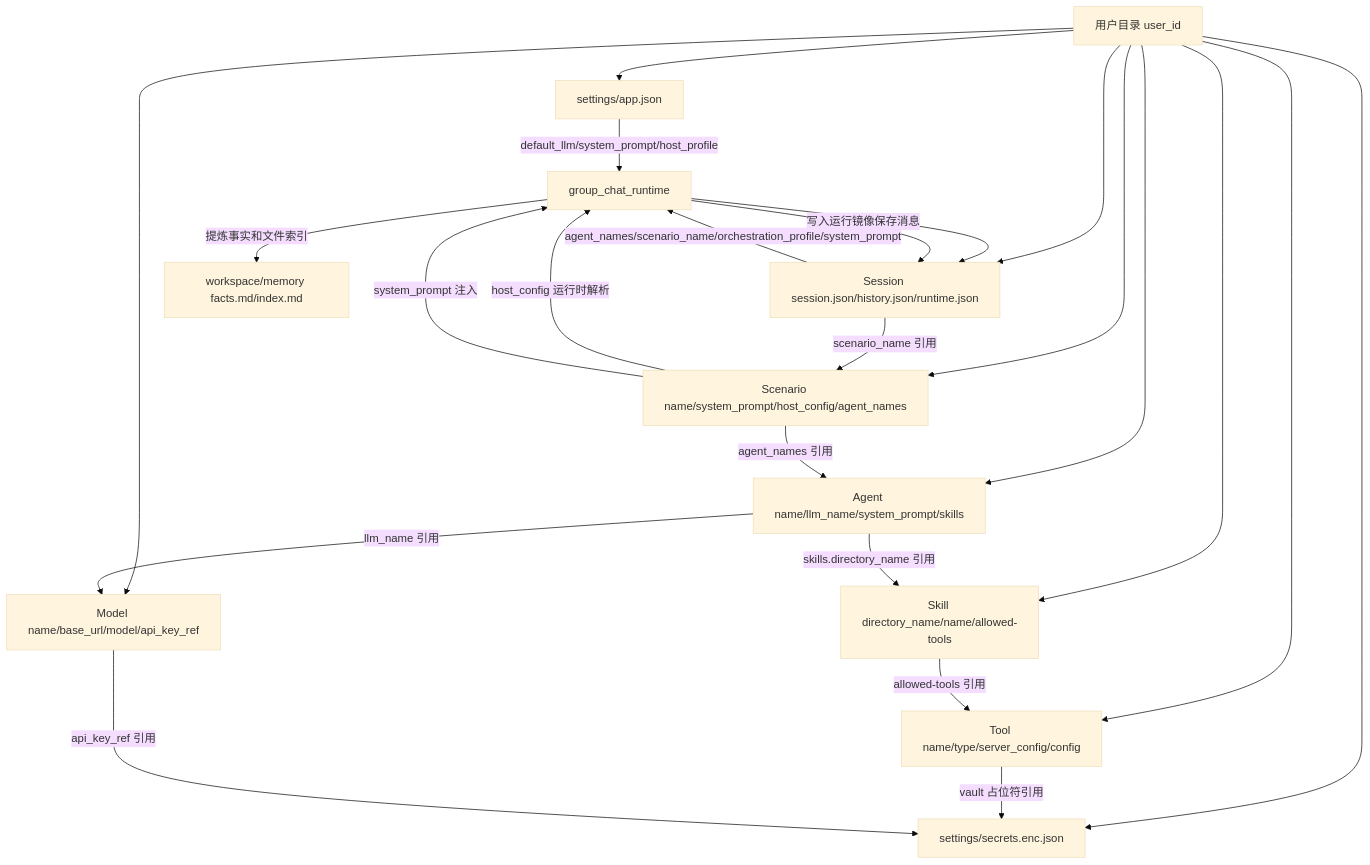
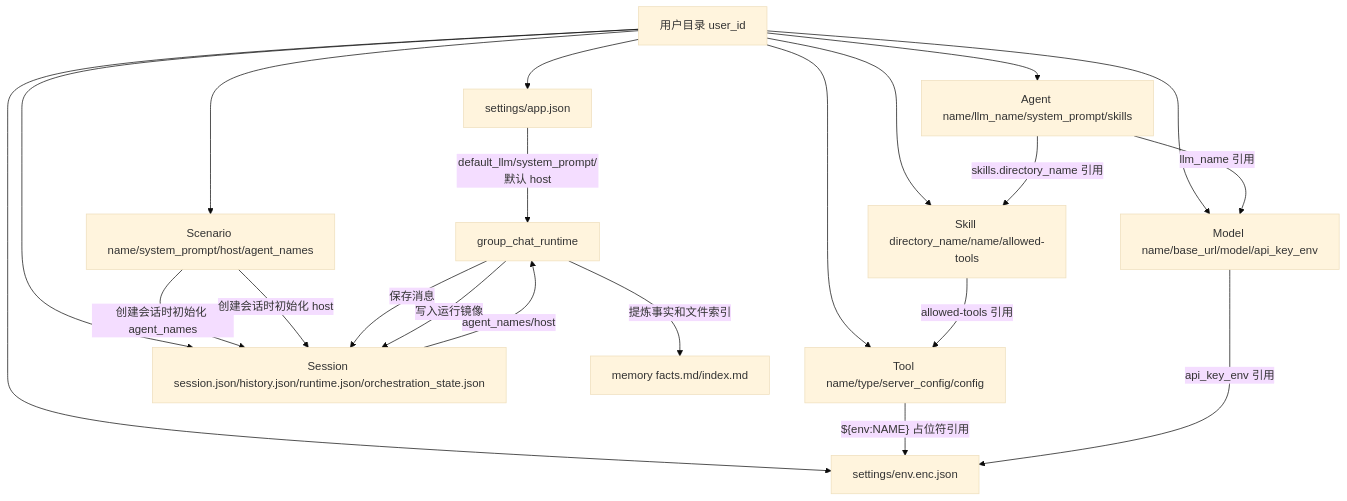
Before and after one commit to gaoguodong03/shichai: the diagram in docs/contracts/data-structure-and-field-logic.md, drawn with Mermaid (base theme). The commit also changed other lines of this file and 29 other files, not shown here.

````diff
--- a/docs/contracts/data-structure-and-field-logic.md
+++ b/docs/contracts/data-structure-and-field-logic.md
@@ -528,38 +780,36 @@
 ```mermaid
 flowchart TD
   User["用户目录 user_id"]
   Settings["settings/app.json"]
-  Secrets["settings/secrets.enc.json"]
-  Scenario["Scenario name/system_prompt/host_config/agent_names"]
+  EnvVars["settings/env.enc.json"]
+  Scenario["Scenario name/system_prompt/host/agent_names"]
   Agent["Agent name/llm_name/system_prompt/skills"]
   Skill["Skill directory_name/name/allowed-tools"]
   Tool["Tool name/type/server_config/config"]
-  Model["Model name/base_url/model/api_key_ref"]
-  Session["Session session.json/history.json/runtime.json"]
+  Model["Model name/base_url/model/api_key_env"]
+  Session["Session session.json/history.json/runtime.json/orchestration_state.json"]
   Runtime["group_chat_runtime"]
-  Memory["workspace/memory facts.md/index.md"]
+  Memory["memory facts.md/index.md"]
 
   User --> Settings
-  User --> Secrets
+  User --> EnvVars
   User --> Scenario
   User --> Agent
   User --> Skill
   User --> Tool
   User --> Model
   User --> Session
 
-  Scenario -->|"agent_names 引用"| Agent
-  Session -->|"scenario_name 引用"| Scenario
-  Scenario -->|"host_config 运行时解析"| Runtime
-  Scenario -->|"system_prompt 注入"| Runtime
-  Settings -->|"default_llm/system_prompt/host_profile"| Runtime
+  Scenario -->|"创建会话时初始化 agent_names"| Session
+  Scenario -->|"创建会话时初始化 host"| Session
+  Settings -->|"default_llm/system_prompt/默认 host"| Runtime
   Agent -->|"llm_name 引用"| Model
   Agent -->|"skills.directory_name 引用"| Skill
   Skill -->|"allowed-tools 引用"| Tool
-  Tool -->|"vault 占位符引用"| Secrets
-  Model -->|"api_key_ref 引用"| Secrets
-  Session -->|"agent_names/scenario_name/orchestration_profile/system_prompt"| Runtime
+  Tool -->|"${env:NAME} 占位符引用"| EnvVars
+  Model -->|"api_key_env 引用"| EnvVars
+  Session -->|"agent_names/host"| Runtime
   Runtime -->|"保存消息"| Session
   Runtime -->|"写入运行镜像"| Session
   Runtime -->|"提炼事实和文件索引"| Memory
 ```
````
